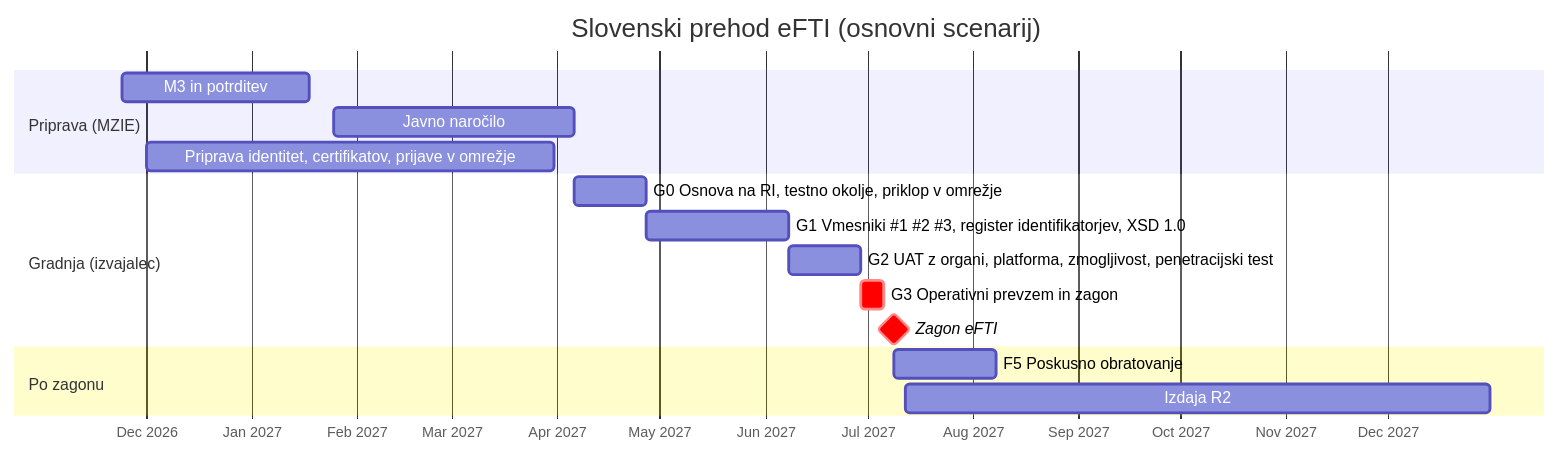
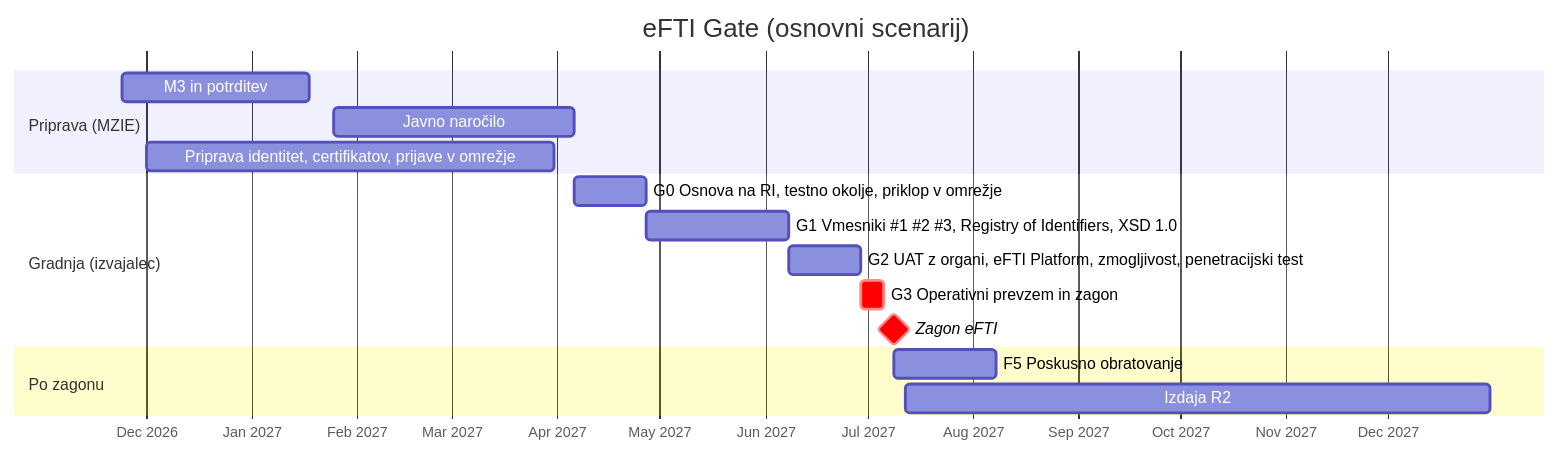
The diagram in docs/ts/10-casovni-nacrt-implementacije.md (UM-KGPI/eFTI-Gate-SI), drawn with Mermaid before and after one commit. The commit also changed other lines of this file and 38 other files, not shown here.

````diff
--- a/docs/ts/10-casovni-nacrt-implementacije.md
+++ b/docs/ts/10-casovni-nacrt-implementacije.md
@@ -70,19 +70,19 @@
 ```mermaid
 gantt
-    title Slovenski prehod eFTI (osnovni scenarij)
+    title eFTI Gate (osnovni scenarij)
     dateFormat  YYYY-MM-DD
     axisFormat  %b %Y
     section Priprava (MZIE)
     M3 in potrditev               :m3, 2026-11-24, 2027-01-18
     Javno naročilo                :jn, 2027-01-25, 2027-04-06
     Priprava identitet, certifikatov, prijave v omrežje :prep, 2026-12-01, 2027-03-31
     section Gradnja (izvajalec)
     G0 Osnova na RI, testno okolje, priklop v omrežje :f0, 2027-04-06, 3w
-    G1 Vmesniki #1 #2 #3, register identifikatorjev, XSD 1.0 :f1, after f0, 6w
-    G2 UAT z organi, platforma, zmogljivost, penetracijski test :f2, after f1, 3w
+    G1 Vmesniki #1 #2 #3, Registry of Identifiers, XSD 1.0 :f1, after f0, 6w
+    G2 UAT z organi, eFTI Platform, zmogljivost, penetracijski test :f2, after f1, 3w
     G3 Operativni prevzem in zagon :crit, f3, after f2, 1w
     Zagon eFTI                    :milestone, crit, 2027-07-09, 0d
     section Po zagonu
     F5 Poskusno obratovanje        :f5, 2027-07-09, 30d
     Izdaja R2                      :r2, 2027-07-12, 2027-12-31
 ```
````
